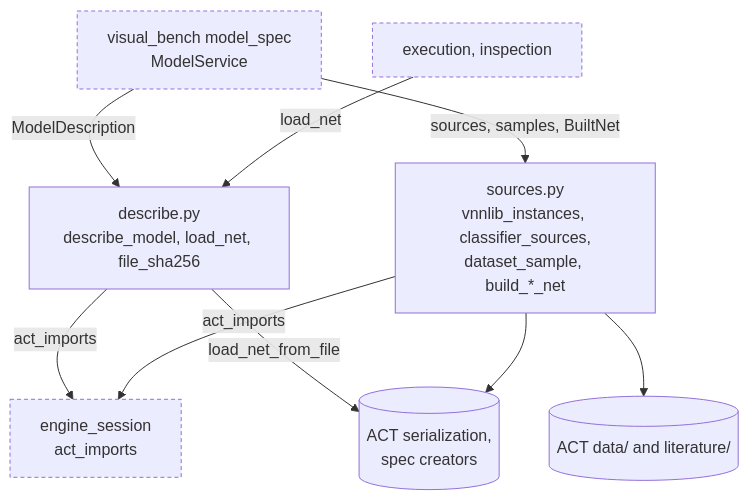
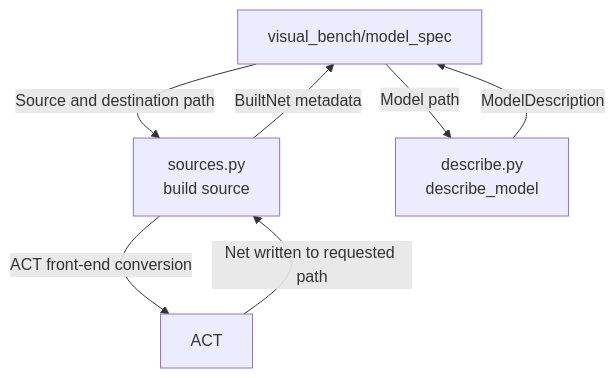
One commit to SVF-tools/ACT-GUI changed the diagram in engine_bridge/model_spec/README.md. Above: the diagram before and after it, drawn with Mermaid. The commit also changed other lines of this file and 20 other files, not shown here.

````diff
--- a/engine_bridge/model_spec/README.md
+++ b/engine_bridge/model_spec/README.md
@@ -22,16 +20,9 @@
 ```mermaid
 flowchart TB
-  classDef ext stroke-dasharray: 4 3
-  VMS["visual_bench model_spec<br/>ModelService"]:::ext
-  EXIN["execution, inspection"]:::ext
-  ES["engine_session<br/>act_imports"]:::ext
-  D["describe.py<br/>describe_model, load_net, file_sha256"]
-  S["sources.py<br/>vnnlib_instances, classifier_sources,<br/>dataset_sample, build_*_net"]
-  VMS -- "ModelDescription" --> D
-  VMS -- "sources, samples, BuiltNet" --> S
-  EXIN -- "load_net" --> D
-  D & S -- "act_imports" --> ES
-  D -- "load_net_from_file" --> ACT[("ACT serialization,<br/>spec creators")]
-  S --> ACT
-  S --> Data[("ACT data/ and literature/")]
+Caller["visual_bench/model_spec"] -->|"Source and destination path"| Builder["sources.py<br/>build source"]
+  Builder -->|"ACT front-end conversion"| ACT["ACT"]
+  ACT -->|"Net written to requested path"| Builder
+  Builder -->|"BuiltNet metadata"| Caller
+  Caller -->|"Model path"| Describe["describe.py<br/>describe_model"]
+  Describe -->|"ModelDescription"| Caller
 ```
````
